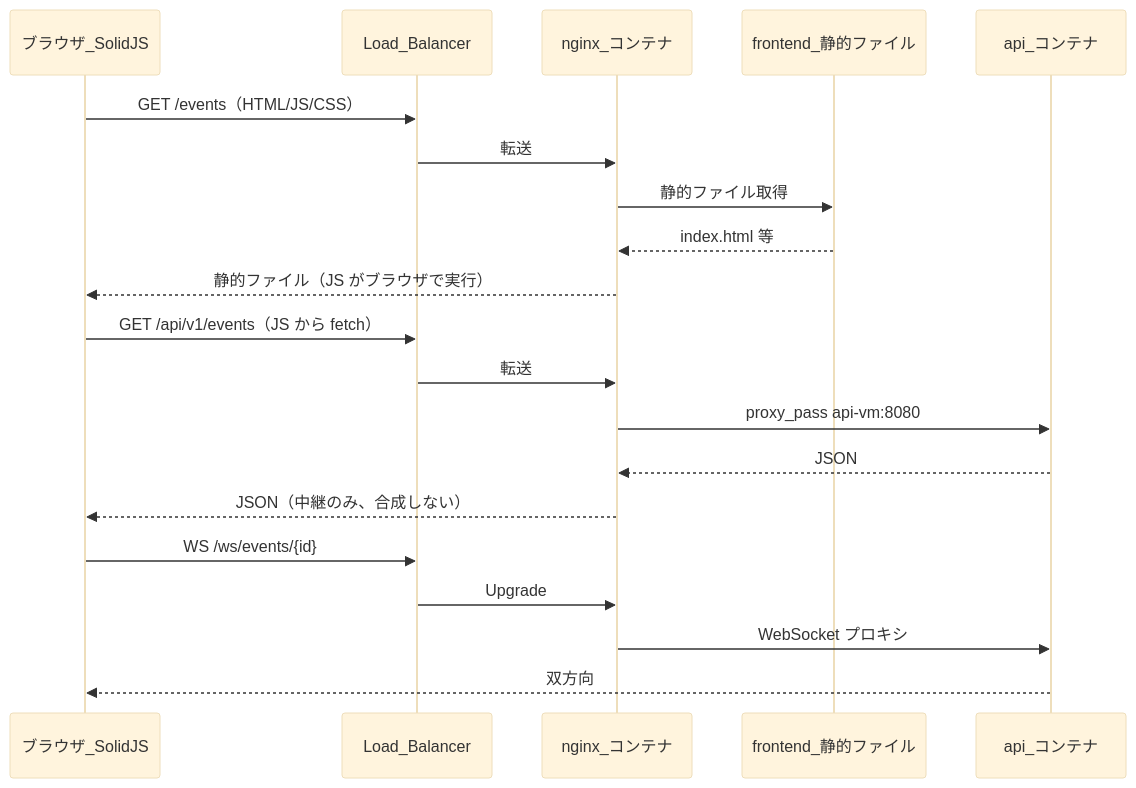
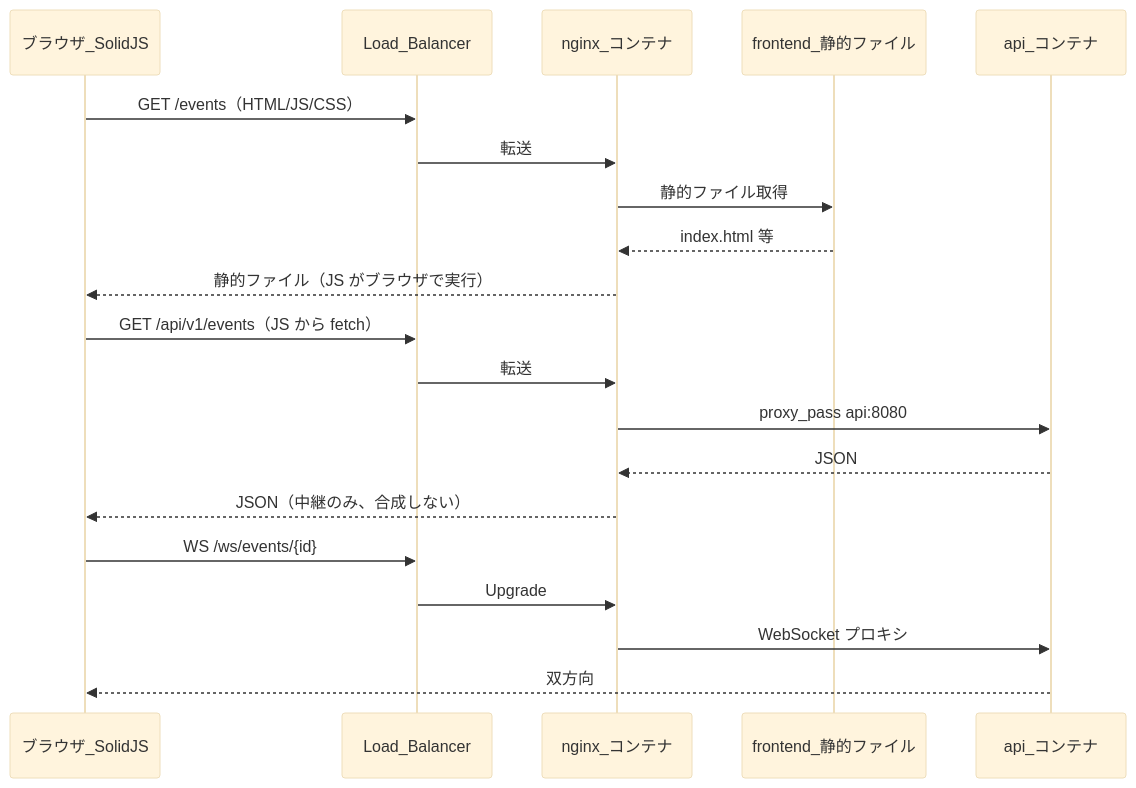
One commit to rikuto-web/event-app changed the fourth of 5 diagrams in docs/07-architecture.md. Above: the diagram before and after it, drawn with Mermaid (base theme). The commit also changed other lines of this file and 15 other files, not shown here.

````diff
--- a/docs/07-architecture.md
+++ b/docs/07-architecture.md
@@ -206,25 +193,25 @@
 ```mermaid
 sequenceDiagram
   participant Browser as ブラウザ_SolidJS
   participant LB as Load_Balancer
   participant Nginx as nginx_コンテナ
   participant Static as frontend_静的ファイル
   participant API as api_コンテナ
 
   Browser->>LB: GET /events（HTML/JS/CSS）
   LB->>Nginx: 転送
   Nginx->>Static: 静的ファイル取得
   Static-->>Nginx: index.html 等
   Nginx-->>Browser: 静的ファイル（JS がブラウザで実行）
 
   Browser->>LB: GET /api/v1/events（JS から fetch）
   LB->>Nginx: 転送
-  Nginx->>API: proxy_pass api-vm:8080
+  Nginx->>API: proxy_pass api:8080
   API-->>Nginx: JSON
   Nginx-->>Browser: JSON（中継のみ、合成しない）
 
   Browser->>LB: WS /ws/events/{id}
   LB->>Nginx: Upgrade
   Nginx->>API: WebSocket プロキシ
   API-->>Browser: 双方向
 ```
````
